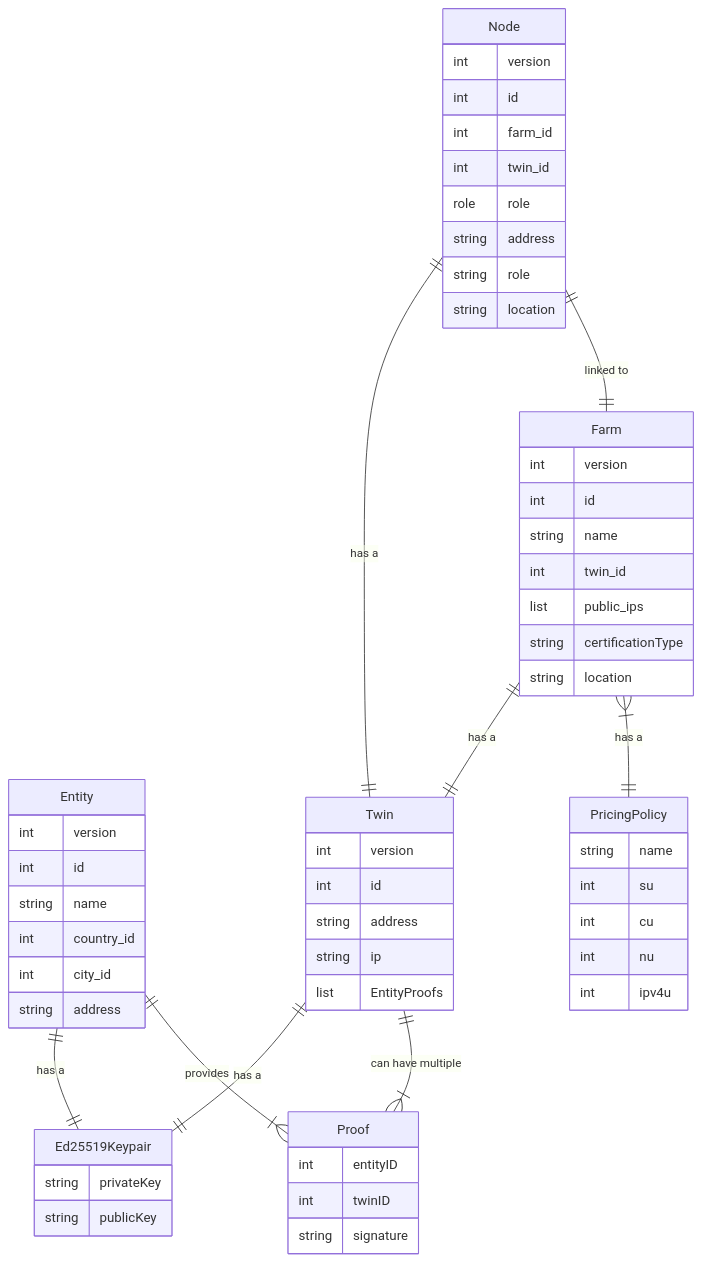
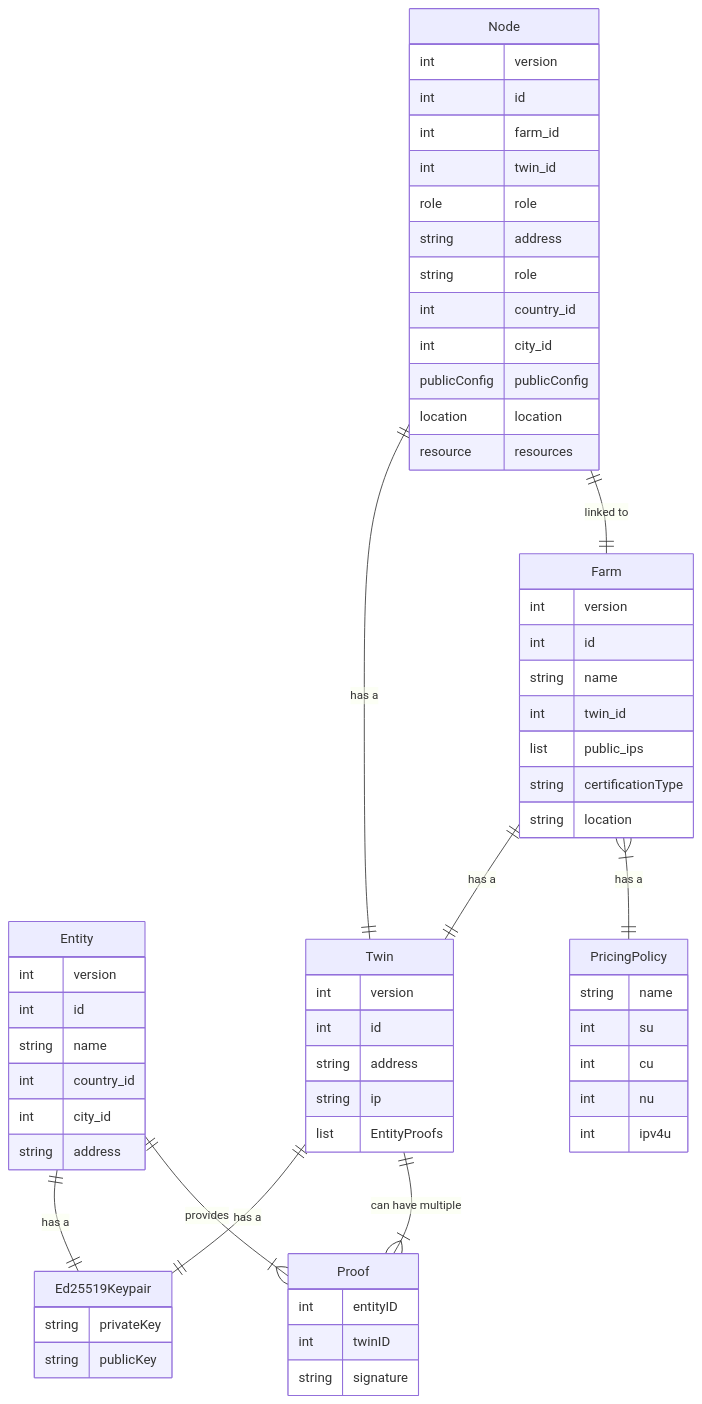
The diagram in wiki/main/specs/substrate/griddb/uml/er_diagram.md (threefoldtech/TFGRID), drawn with Mermaid before and after one commit. The commit also changed 2 other files, not shown here.

Commit message:
improve tfgriddb specs

````diff
--- a/wiki/main/specs/substrate/griddb/uml/er_diagram.md
+++ b/wiki/main/specs/substrate/griddb/uml/er_diagram.md
@@ -1,61 +1,65 @@
 ```mermaid
 erDiagram
     Entity {
         int version
         int id
         string name
         int country_id
         int city_id
         string address
     }
     Entity ||--|| Ed25519Keypair : "has a"
     Entity ||--|{ Proof : provides
     Twin {
         int version
         int id
         string address
         string ip
         list EntityProofs
     }
     Farm ||--|| Twin : "has a"
     Node ||--|| Twin : "has a"
     Twin ||--|| Ed25519Keypair : "has a"
     Twin ||--|{ Proof : "can have multiple"
     Ed25519Keypair {
         string privateKey
         string publicKey
     }
     Proof {
         int entityID
         int twinID
         string signature
     }
     Farm {
         int version
         int id
         string name
         int twin_id
         list public_ips
         string certificationType
         string location
     }
     Farm }|--|| PricingPolicy : "has a"
     Node {
         int version
         int id
         int farm_id
         int twin_id
         role role
         string address
         string role
-        string location
+        int country_id
+        int city_id
+        publicConfig publicConfig
+        location location
+        resource resources
     }
     PricingPolicy {
         string name
         int su
         int cu
         int nu
         int ipv4u
     }
     Node ||--|| Farm : "linked to"
 ```
````
